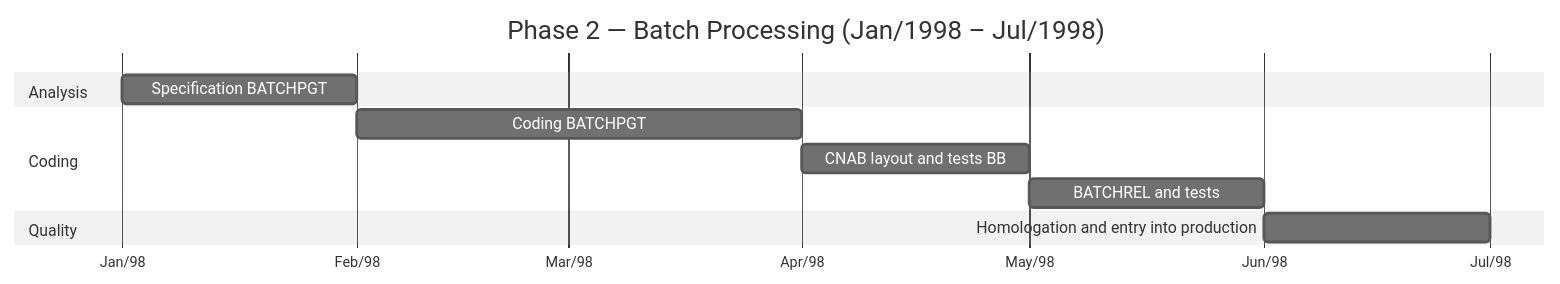
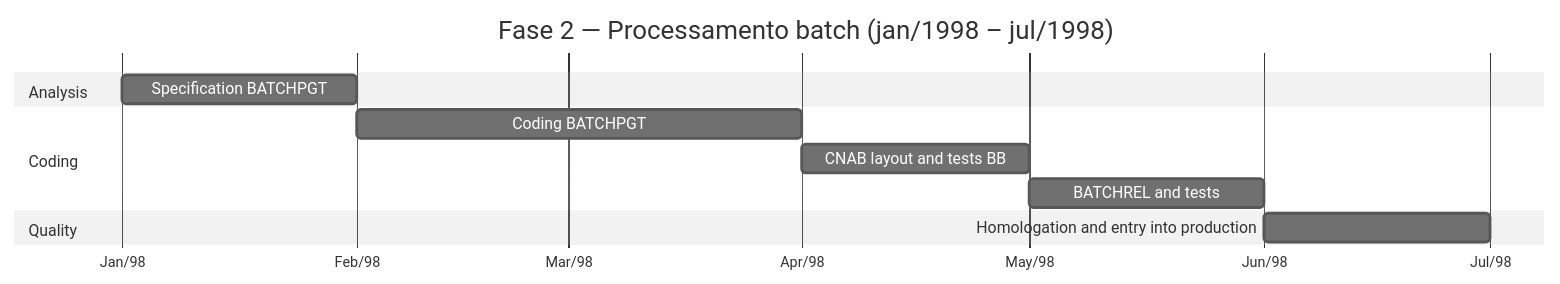
The sixth of 6 diagrams in 01-archaeology/legacy-sifap/legacy-docs/ORIGINAL-ARCHITECTURE-1997.md (workshop-gbb/datacorp-sifap-legacy), drawn with Mermaid before and after one commit. The commit also changed other lines of this file and 11 other files, not shown here.

````diff
--- a/01-archaeology/legacy-sifap/legacy-docs/ORIGINAL-ARCHITECTURE-1997.md
+++ b/01-archaeology/legacy-sifap/legacy-docs/ORIGINAL-ARCHITECTURE-1997.md
@@ -503,18 +503,18 @@
 ```mermaid
 %%{init: {'theme':'neutral','themeVariables':{'fontFamily':'ui-sans-serif, system-ui, sans-serif','primaryColor':'#F5F5F5','primaryTextColor':'#171717','primaryBorderColor':'#171717','lineColor':'#525252','secondaryColor':'#FFFFFF','tertiaryColor':'#FAFAFA','background':'#FFFFFF'}}}%%
 gantt
-    title Phase 2 — Batch Processing (Jan/1998 – Jul/1998)
+    title Fase 2 — Processamento batch (jan/1998 – jul/1998)
     dateFormat YYYY-MM
     axisFormat %b/%y
 
     section Analysis
     Specification BATCHPGT :b1, 1998-01, 1M
 
     section Coding
     Coding BATCHPGT :b2, 1998-02, 2M
     CNAB layout and tests BB :b3, 1998-04, 1M
     BATCHREL and tests :b4, 1998-05, 1M
 
     section Quality
     Homologation and entry into production:b5, 1998-06, 1M
 ```
````
